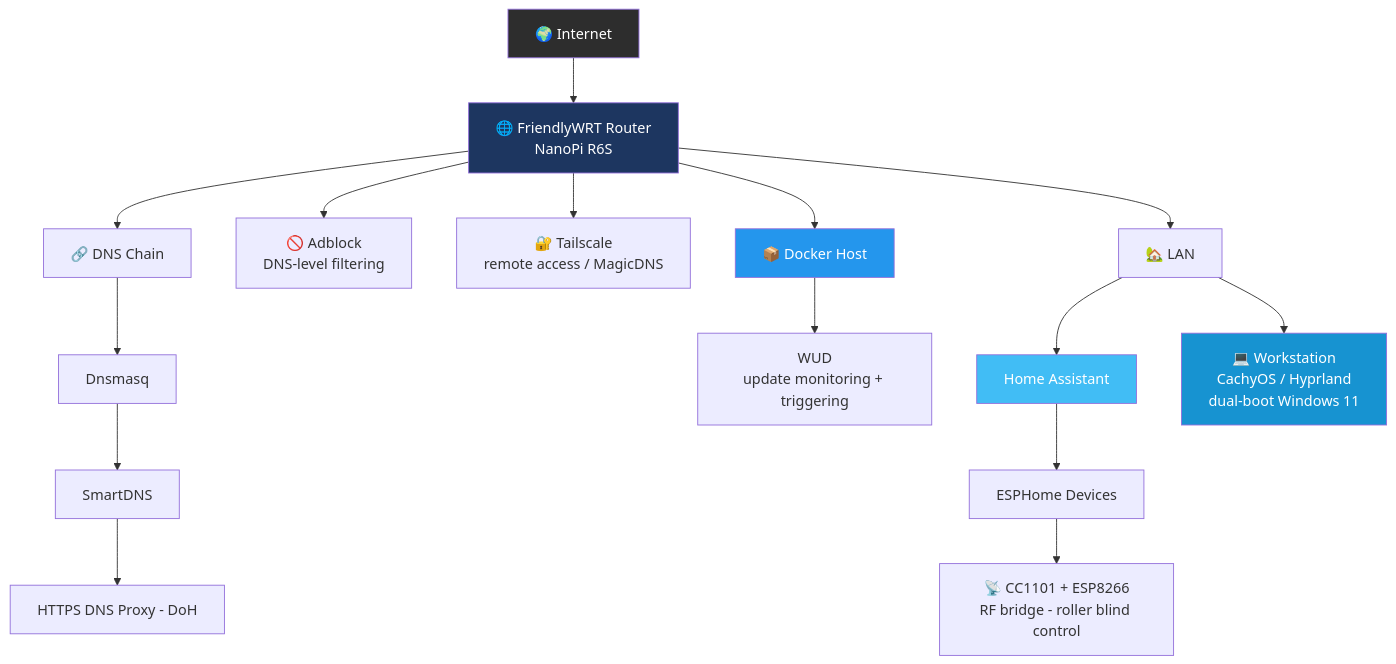
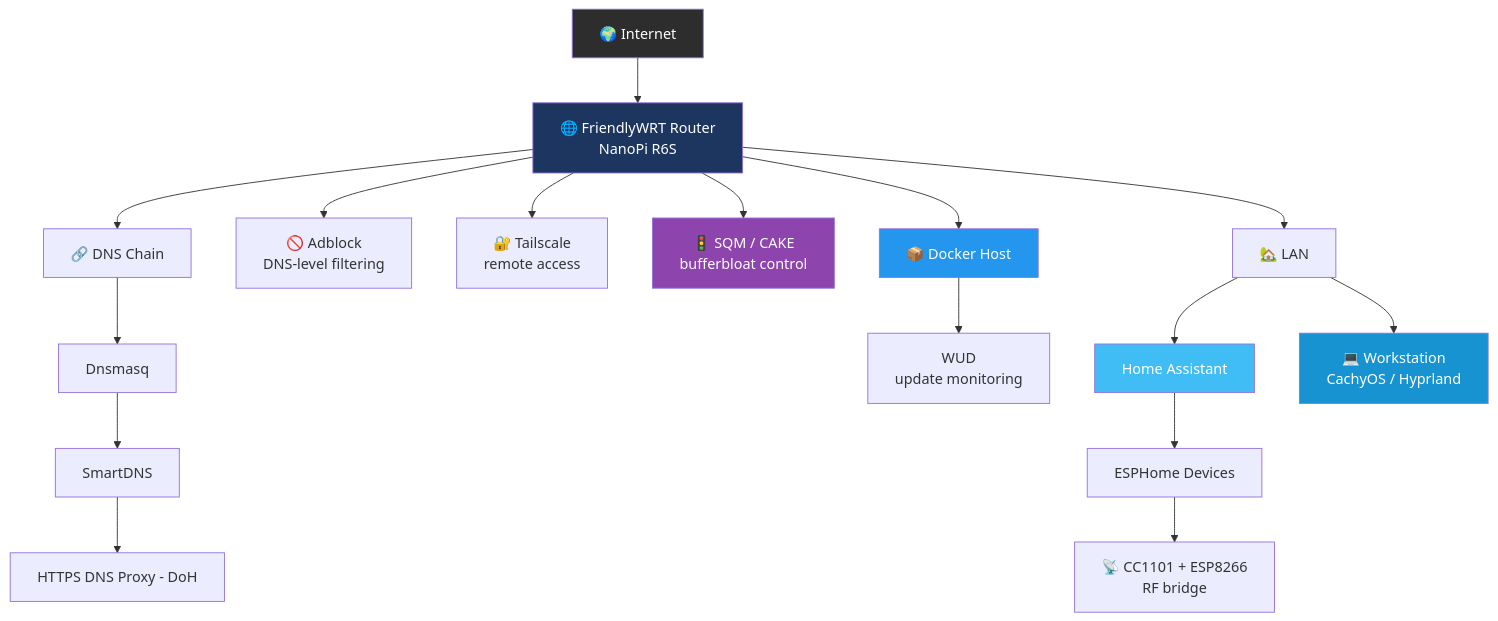
One commit to anilgunduzz/myhomelab changed the diagram in README.md. Above: the diagram before and after it, drawn with Mermaid. The commit also changed other lines of this file, not shown here.

````diff
--- a/README.md
+++ b/README.md
@@ -31,28 +34,30 @@
 ```mermaid
 flowchart TD
     A[🌍 Internet] --> B[🌐 FriendlyWRT Router<br/>NanoPi R6S]
 
     B --> C[🔗 DNS Chain]
     C --> C1[Dnsmasq]
     C1 --> C2[SmartDNS]
     C2 --> C3[HTTPS DNS Proxy - DoH]
 
     B --> D[🚫 Adblock<br/>DNS-level filtering]
-    B --> E[🔐 Tailscale<br/>remote access / MagicDNS]
+    B --> E[🔐 Tailscale<br/>remote access]
+    B --> S[🚦 SQM / CAKE<br/>bufferbloat control]
 
     B --> F[📦 Docker Host]
-    F --> F1[WUD<br/>update monitoring + triggering]
+    F --> F1[WUD<br/>update monitoring]
 
     B --> G[🏡 LAN]
     G --> H[Home Assistant]
     H --> I[ESPHome Devices]
-    I --> J[📡 CC1101 + ESP8266<br/>RF bridge - roller blind control]
+    I --> J[📡 CC1101 + ESP8266<br/>RF bridge]
 
-    G --> K[💻 Workstation<br/>CachyOS / Hyprland<br/>dual-boot Windows 11]
+    G --> K[💻 Workstation<br/>CachyOS / Hyprland]
 
     style A fill:#2d2d2d,color:#fff
     style B fill:#1D3660,color:#fff
     style F fill:#2496ED,color:#fff
     style H fill:#41BDF5,color:#fff
     style K fill:#1793D1,color:#fff
+    style S fill:#8e44ad,color:#fff
 ```
````
